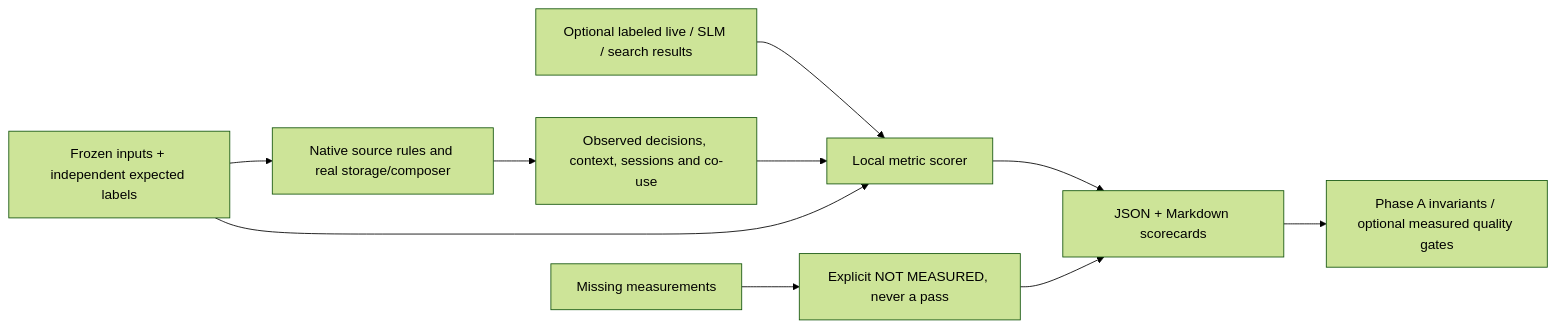
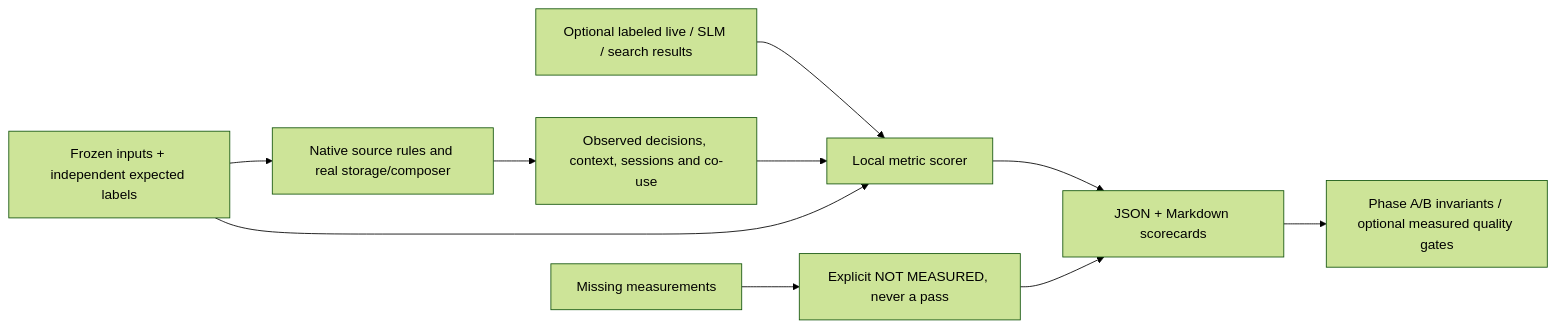
One commit to sumanthewhiz/WARP changed the diagram in tests/SIGNAL_QUALITY.md. Above: the diagram before and after it, drawn with Mermaid (forest theme). The commit also changed other lines of this file and 39 other files, not shown here.

````diff
--- a/tests/SIGNAL_QUALITY.md
+++ b/tests/SIGNAL_QUALITY.md
@@ -39,12 +39,12 @@
 ```mermaid
 flowchart LR
     Gold["Frozen inputs + independent expected labels"] --> Replay["Native source rules and real storage/composer"]
     Replay --> Observed["Observed decisions, context, sessions and co-use"]
     Live["Optional labeled live / SLM / search results"] --> Score["Local metric scorer"]
     Observed --> Score
     Gold --> Score
     Score --> Report["JSON + Markdown scorecards"]
-    Report --> Gates["Phase A invariants / optional measured quality gates"]
+    Report --> Gates["Phase A/B invariants / optional measured quality gates"]
     Missing["Missing measurements"] --> NA["Explicit NOT MEASURED, never a pass"]
     NA --> Report
 ```
````
